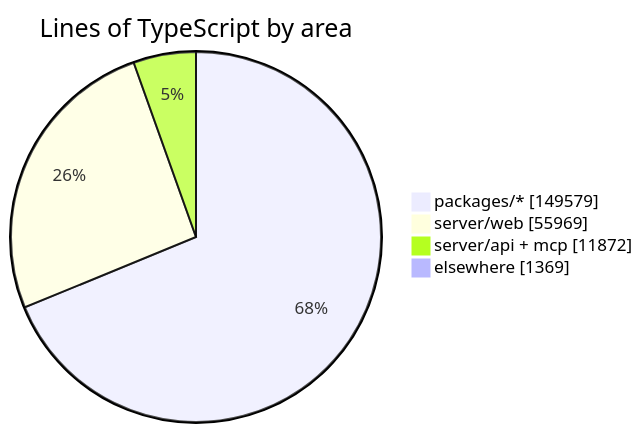
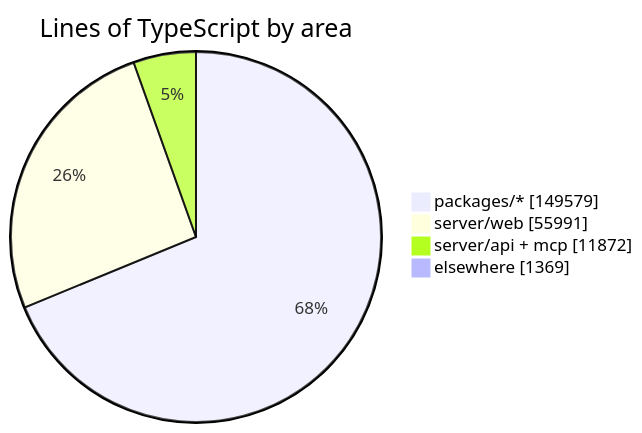
The diagram in README.md (crossworks-engineering/mantle), drawn with Mermaid before and after one commit. The commit also changed other lines of this file and 2 other files, not shown here.

````diff
--- a/README.md
+++ b/README.md
@@ -279,7 +279,7 @@
 ```mermaid
 pie showData title Lines of TypeScript by area
     "packages/*" : 149579
-    "server/web" : 55969
+    "server/web" : 55991
     "server/api + mcp" : 11872
     "elsewhere" : 1369
 ```
````
